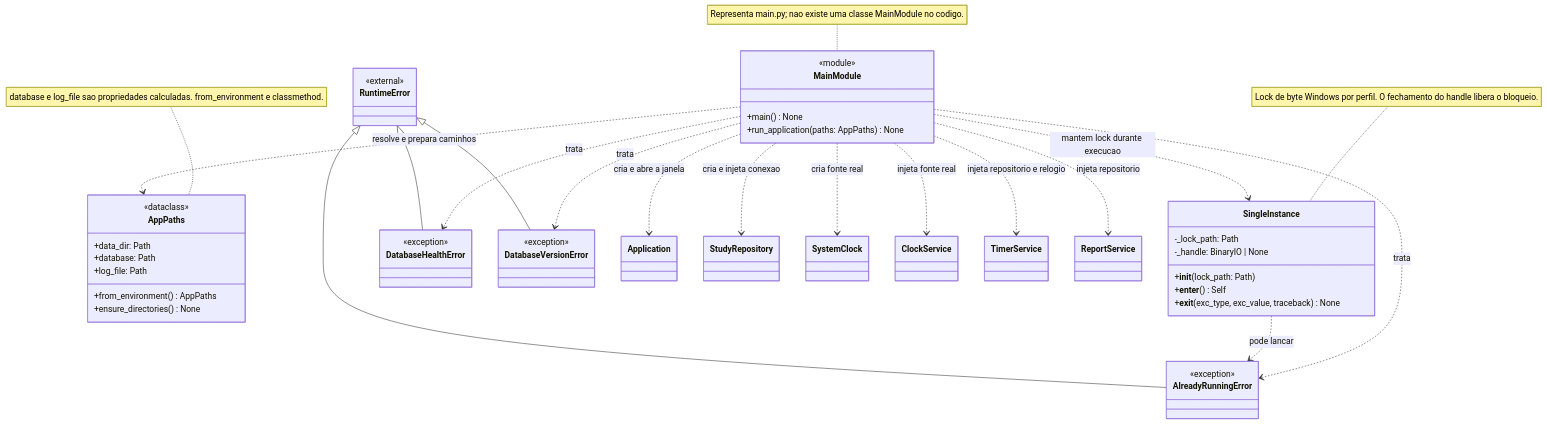
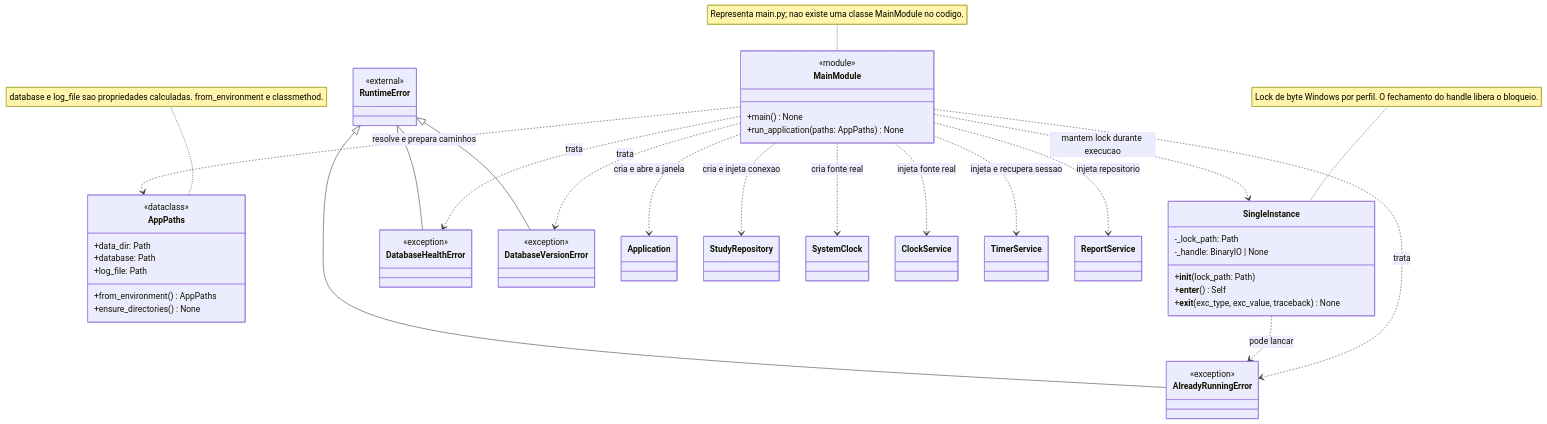
One commit to WandersonLobo/Study-Timer changed the third of 3 diagrams in docs/uml_diagram.md. Above: the diagram before and after it, drawn with Mermaid. The commit also changed other lines of this file and 11 other files, not shown here.

````diff
--- a/docs/uml_diagram.md
+++ b/docs/uml_diagram.md
@@ -316,57 +338,57 @@
 ```mermaid
 classDiagram
     direction TB
 
     class MainModule {
         <<module>>
         +main() None
         +run_application(paths: AppPaths) None
     }
     class AppPaths {
         <<dataclass>>
         +data_dir: Path
         +database: Path
         +log_file: Path
         +from_environment() AppPaths
         +ensure_directories() None
     }
     class SingleInstance {
         -_lock_path: Path
         -_handle: BinaryIO | None
         +__init__(lock_path: Path)
         +__enter__() Self
         +__exit__(exc_type, exc_value, traceback) None
     }
     class AlreadyRunningError {
         <<exception>>
     }
     class DatabaseHealthError {
         <<exception>>
     }
     class DatabaseVersionError {
         <<exception>>
     }
     class RuntimeError {
         <<external>>
     }
 
     MainModule ..> AppPaths : resolve e prepara caminhos
     MainModule ..> SingleInstance : mantem lock durante execucao
     MainModule ..> Application : cria e abre a janela
     MainModule ..> StudyRepository : cria e injeta conexao
     MainModule ..> SystemClock : cria fonte real
     MainModule ..> ClockService : injeta fonte real
-    MainModule ..> TimerService : injeta repositorio e relogio
+    MainModule ..> TimerService : injeta e recupera sessao
     MainModule ..> ReportService : injeta repositorio
     MainModule ..> AlreadyRunningError : trata
     MainModule ..> DatabaseHealthError : trata
     MainModule ..> DatabaseVersionError : trata
     SingleInstance ..> AlreadyRunningError : pode lancar
     RuntimeError <|-- AlreadyRunningError
     RuntimeError <|-- DatabaseHealthError
     RuntimeError <|-- DatabaseVersionError
 
     note for MainModule "Representa main.py; nao existe uma classe MainModule no codigo."
     note for AppPaths "database e log_file sao propriedades calculadas. from_environment e classmethod."
     note for SingleInstance "Lock de byte Windows por perfil. O fechamento do handle libera o bloqueio."
 ```
````
